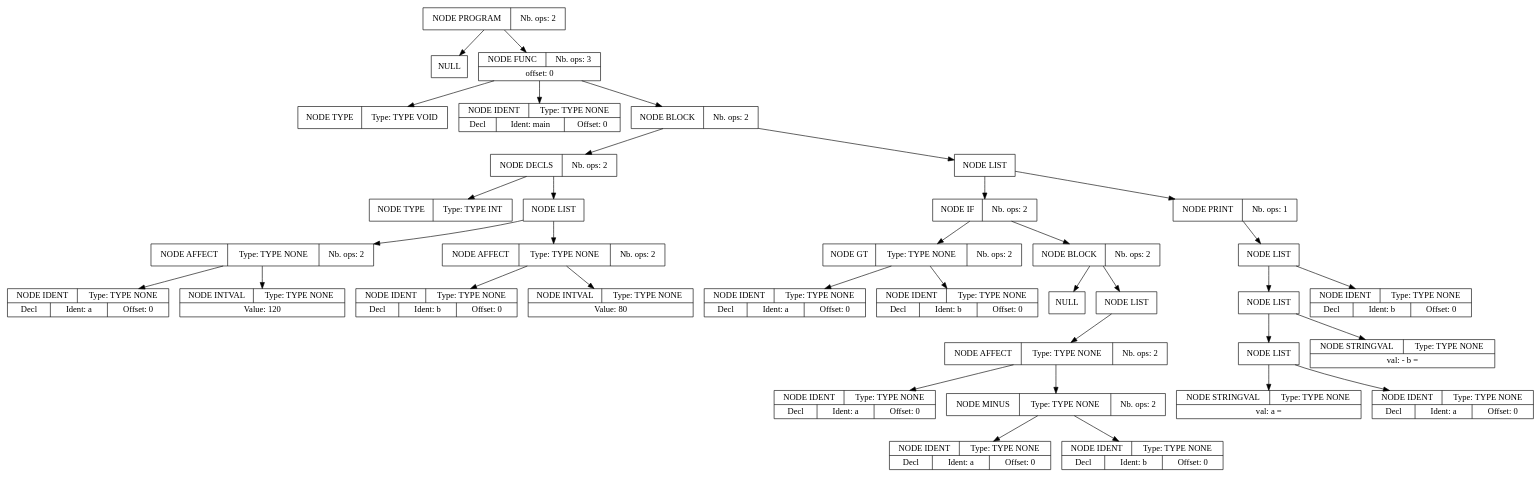
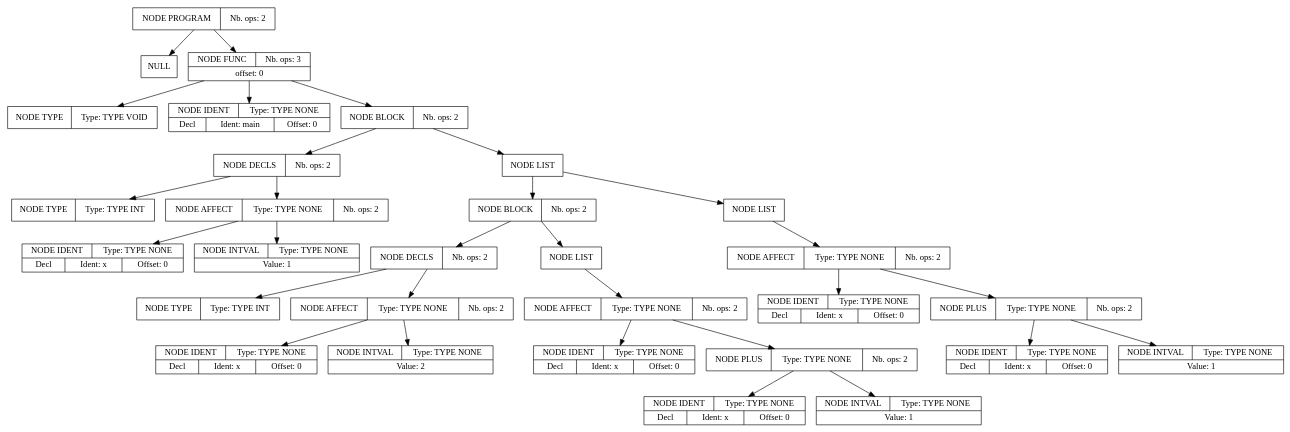
One commit to HebertAntoine/projet_compilation changed the diagram in apres_syntaxe.dot. Above: the diagram before and after it, drawn with Graphviz. The commit also changed 8 other files, not shown here.

```diff
--- a/apres_syntaxe.dot
+++ b/apres_syntaxe.dot
@@ -1,108 +1,90 @@
 digraph global_vars {
     N1 [shape=record, label="{{NODE PROGRAM|Nb. ops: 2}}"];
     N2 [shape=record, label="{{NULL}}"];
     edge[tailclip=true];
     N1 -> N2
     N3 [shape=record, label="{{NODE FUNC|Nb. ops: 3}|{offset: 0}}"];
     N4 [shape=record, label="{{NODE TYPE|Type: TYPE VOID}}"];
     edge[tailclip=true];
     N3 -> N4
     N5 [shape=record, label="{{NODE IDENT|Type: TYPE NONE}|{<decl>Decl      |Ident: main|Offset: 0}}"];
     edge[tailclip=true];
     N3 -> N5
     N6 [shape=record, label="{{NODE BLOCK|Nb. ops: 2}}"];
     N7 [shape=record, label="{{NODE DECLS|Nb. ops: 2}}"];
     N8 [shape=record, label="{{NODE TYPE|Type: TYPE INT}}"];
     edge[tailclip=true];
     N7 -> N8
-    N9 [shape=record, label="{{NODE LIST}}"];
-    N10 [shape=record, label="{{NODE AFFECT|Type: TYPE NONE|Nb. ops: 2}}"];
-    N11 [shape=record, label="{{NODE IDENT|Type: TYPE NONE}|{<decl>Decl      |Ident: a|Offset: 0}}"];
-    edge[tailclip=true];
-    N10 -> N11
-    N12 [shape=record, label="{{NODE INTVAL|Type: TYPE NONE}|{Value: 120}}"];
-    edge[tailclip=true];
-    N10 -> N12
+    N9 [shape=record, label="{{NODE AFFECT|Type: TYPE NONE|Nb. ops: 2}}"];
+    N10 [shape=record, label="{{NODE IDENT|Type: TYPE NONE}|{<decl>Decl      |Ident: x|Offset: 0}}"];
     edge[tailclip=true];
     N9 -> N10
-    N13 [shape=record, label="{{NODE AFFECT|Type: TYPE NONE|Nb. ops: 2}}"];
-    N14 [shape=record, label="{{NODE IDENT|Type: TYPE NONE}|{<decl>Decl      |Ident: b|Offset: 0}}"];
+    N11 [shape=record, label="{{NODE INTVAL|Type: TYPE NONE}|{Value: 1}}"];
     edge[tailclip=true];
-    N13 -> N14
-    N15 [shape=record, label="{{NODE INTVAL|Type: TYPE NONE}|{Value: 80}}"];
-    edge[tailclip=true];
-    N13 -> N15
-    edge[tailclip=true];
-    N9 -> N13
+    N9 -> N11
     edge[tailclip=true];
     N7 -> N9
     edge[tailclip=true];
     N6 -> N7
-    N16 [shape=record, label="{{NODE LIST}}"];
-    N17 [shape=record, label="{{NODE IF|Nb. ops: 2}}"];
-    N18 [shape=record, label="{{NODE GT|Type: TYPE NONE|Nb. ops: 2}}"];
-    N19 [shape=record, label="{{NODE IDENT|Type: TYPE NONE}|{<decl>Decl      |Ident: a|Offset: 0}}"];
+    N12 [shape=record, label="{{NODE LIST}}"];
+    N13 [shape=record, label="{{NODE BLOCK|Nb. ops: 2}}"];
+    N14 [shape=record, label="{{NODE DECLS|Nb. ops: 2}}"];
+    N15 [shape=record, label="{{NODE TYPE|Type: TYPE INT}}"];
     edge[tailclip=true];
-    N18 -> N19
-    N20 [shape=record, label="{{NODE IDENT|Type: TYPE NONE}|{<decl>Decl      |Ident: b|Offset: 0}}"];
+    N14 -> N15
+    N16 [shape=record, label="{{NODE AFFECT|Type: TYPE NONE|Nb. ops: 2}}"];
+    N17 [shape=record, label="{{NODE IDENT|Type: TYPE NONE}|{<decl>Decl      |Ident: x|Offset: 0}}"];
     edge[tailclip=true];
-    N18 -> N20
+    N16 -> N17
+    N18 [shape=record, label="{{NODE INTVAL|Type: TYPE NONE}|{Value: 2}}"];
     edge[tailclip=true];
-    N17 -> N18
-    N21 [shape=record, label="{{NODE BLOCK|Nb. ops: 2}}"];
-    N22 [shape=record, label="{{NULL}}"];
+    N16 -> N18
     edge[tailclip=true];
-    N21 -> N22
-    N23 [shape=record, label="{{NODE LIST}}"];
-    N24 [shape=record, label="{{NODE AFFECT|Type: TYPE NONE|Nb. ops: 2}}"];
-    N25 [shape=record, label="{{NODE IDENT|Type: TYPE NONE}|{<decl>Decl      |Ident: a|Offset: 0}}"];
+    N14 -> N16
     edge[tailclip=true];
-    N24 -> N25
-    N26 [shape=record, label="{{NODE MINUS|Type: TYPE NONE|Nb. ops: 2}}"];
-    N27 [shape=record, label="{{NODE IDENT|Type: TYPE NONE}|{<decl>Decl      |Ident: a|Offset: 0}}"];
+    N13 -> N14
+    N19 [shape=record, label="{{NODE LIST}}"];
+    N20 [shape=record, label="{{NODE AFFECT|Type: TYPE NONE|Nb. ops: 2}}"];
+    N21 [shape=record, label="{{NODE IDENT|Type: TYPE NONE}|{<decl>Decl      |Ident: x|Offset: 0}}"];
+    edge[tailclip=true];
+    N20 -> N21
+    N22 [shape=record, label="{{NODE PLUS|Type: TYPE NONE|Nb. ops: 2}}"];
+    N23 [shape=record, label="{{NODE IDENT|Type: TYPE NONE}|{<decl>Decl      |Ident: x|Offset: 0}}"];
+    edge[tailclip=true];
+    N22 -> N23
+    N24 [shape=record, label="{{NODE INTVAL|Type: TYPE NONE}|{Value: 1}}"];
+    edge[tailclip=true];
+    N22 -> N24
+    edge[tailclip=true];
+    N20 -> N22
+    edge[tailclip=true];
+    N19 -> N20
+    edge[tailclip=true];
+    N13 -> N19
+    edge[tailclip=true];
+    N12 -> N13
+    N25 [shape=record, label="{{NODE LIST}}"];
+    N26 [shape=record, label="{{NODE AFFECT|Type: TYPE NONE|Nb. ops: 2}}"];
+    N27 [shape=record, label="{{NODE IDENT|Type: TYPE NONE}|{<decl>Decl      |Ident: x|Offset: 0}}"];
     edge[tailclip=true];
     N26 -> N27
-    N28 [shape=record, label="{{NODE IDENT|Type: TYPE NONE}|{<decl>Decl      |Ident: b|Offset: 0}}"];
+    N28 [shape=record, label="{{NODE PLUS|Type: TYPE NONE|Nb. ops: 2}}"];
+    N29 [shape=record, label="{{NODE IDENT|Type: TYPE NONE}|{<decl>Decl      |Ident: x|Offset: 0}}"];
+    edge[tailclip=true];
+    N28 -> N29
+    N30 [shape=record, label="{{NODE INTVAL|Type: TYPE NONE}|{Value: 1}}"];
+    edge[tailclip=true];
+    N28 -> N30
     edge[tailclip=true];
     N26 -> N28
     edge[tailclip=true];
-    N24 -> N26
+    N25 -> N26
     edge[tailclip=true];
-    N23 -> N24
+    N12 -> N25
     edge[tailclip=true];
-    N21 -> N23
-    edge[tailclip=true];
-    N17 -> N21
-    edge[tailclip=true];
-    N16 -> N17
-    N29 [shape=record, label="{{NODE PRINT|Nb. ops: 1}}"];
-    N30 [shape=record, label="{{NODE LIST}}"];
-    N31 [shape=record, label="{{NODE LIST}}"];
-    N32 [shape=record, label="{{NODE LIST}}"];
-    N33 [shape=record, label="{{NODE STRINGVAL|Type: TYPE NONE}|{val: a = }}"];
-    edge[tailclip=true];
-    N32 -> N33
-    N34 [shape=record, label="{{NODE IDENT|Type: TYPE NONE}|{<decl>Decl      |Ident: a|Offset: 0}}"];
-    edge[tailclip=true];
-    N32 -> N34
-    edge[tailclip=true];
-    N31 -> N32
-    N35 [shape=record, label="{{NODE STRINGVAL|Type: TYPE NONE}|{val:  - b = }}"];
-    edge[tailclip=true];
-    N31 -> N35
-    edge[tailclip=true];
-    N30 -> N31
-    N36 [shape=record, label="{{NODE IDENT|Type: TYPE NONE}|{<decl>Decl      |Ident: b|Offset: 0}}"];
-    edge[tailclip=true];
-    N30 -> N36
-    edge[tailclip=true];
-    N29 -> N30
-    edge[tailclip=true];
-    N16 -> N29
-    edge[tailclip=true];
-    N6 -> N16
+    N6 -> N12
     edge[tailclip=true];
     N3 -> N6
     edge[tailclip=true];
     N1 -> N3
 }
```
